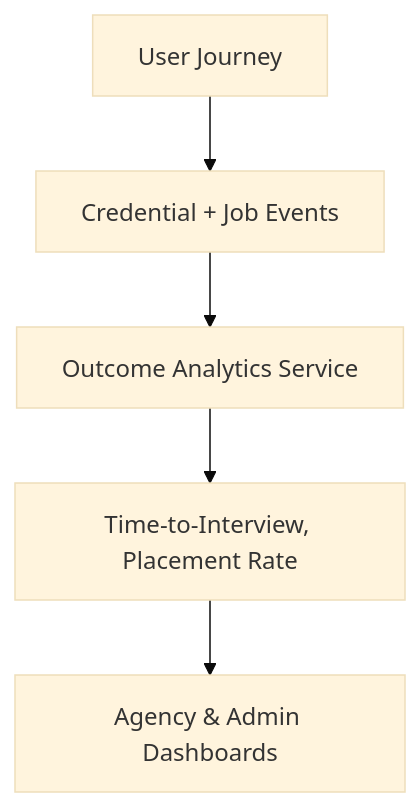
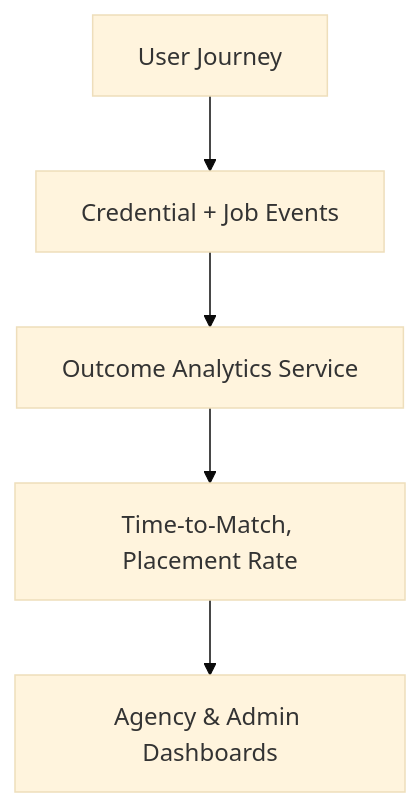
Before and after one commit to OladipoOmotosho/hiringCafe-assessment: the fifth of 6 diagrams in docs/v1_employment-os-architecture-diagrams.md, drawn with Mermaid (base theme). The commit also changed other lines of this file and 31 other files, not shown here.

````diff
--- a/docs/v1_employment-os-architecture-diagrams.md
+++ b/docs/v1_employment-os-architecture-diagrams.md
@@ -113,7 +118,7 @@
 ```mermaid
 flowchart TD
   USER[User Journey] --> EVENTS[Credential + Job Events]
   EVENTS --> OUTCOME[Outcome Analytics Service]
-  OUTCOME --> METRICS[Time-to-Interview, Placement Rate]
+  OUTCOME --> METRICS[Time-to-Match, Placement Rate]
   METRICS --> DASH[Agency & Admin Dashboards]
 ```
````
